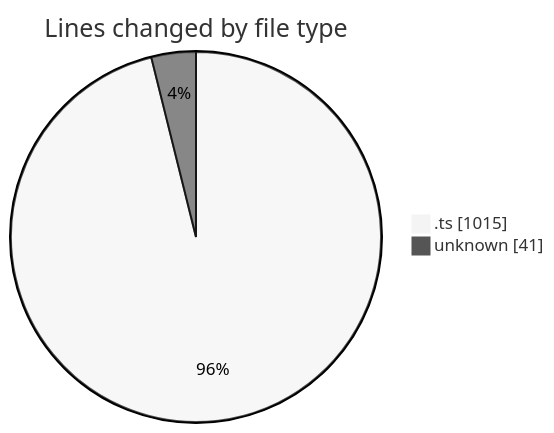
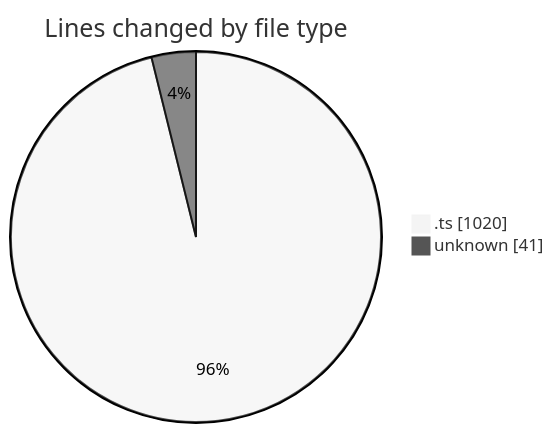
One commit to momahboobian/code-tracking changed the first of 2 diagrams in 2025-08-18/cda/README.md. Above: the diagram before and after it, drawn with Mermaid (neutral theme). The commit also changed other lines of this file and 1 other file, not shown here.

````diff
--- a/2025-08-18/cda/README.md
+++ b/2025-08-18/cda/README.md
@@ -24,6 +24,6 @@
 ```mermaid
 pie showData
 title Lines changed by file type
-".ts" : 1015
+".ts" : 1020
 "unknown" : 41
 ```
````
